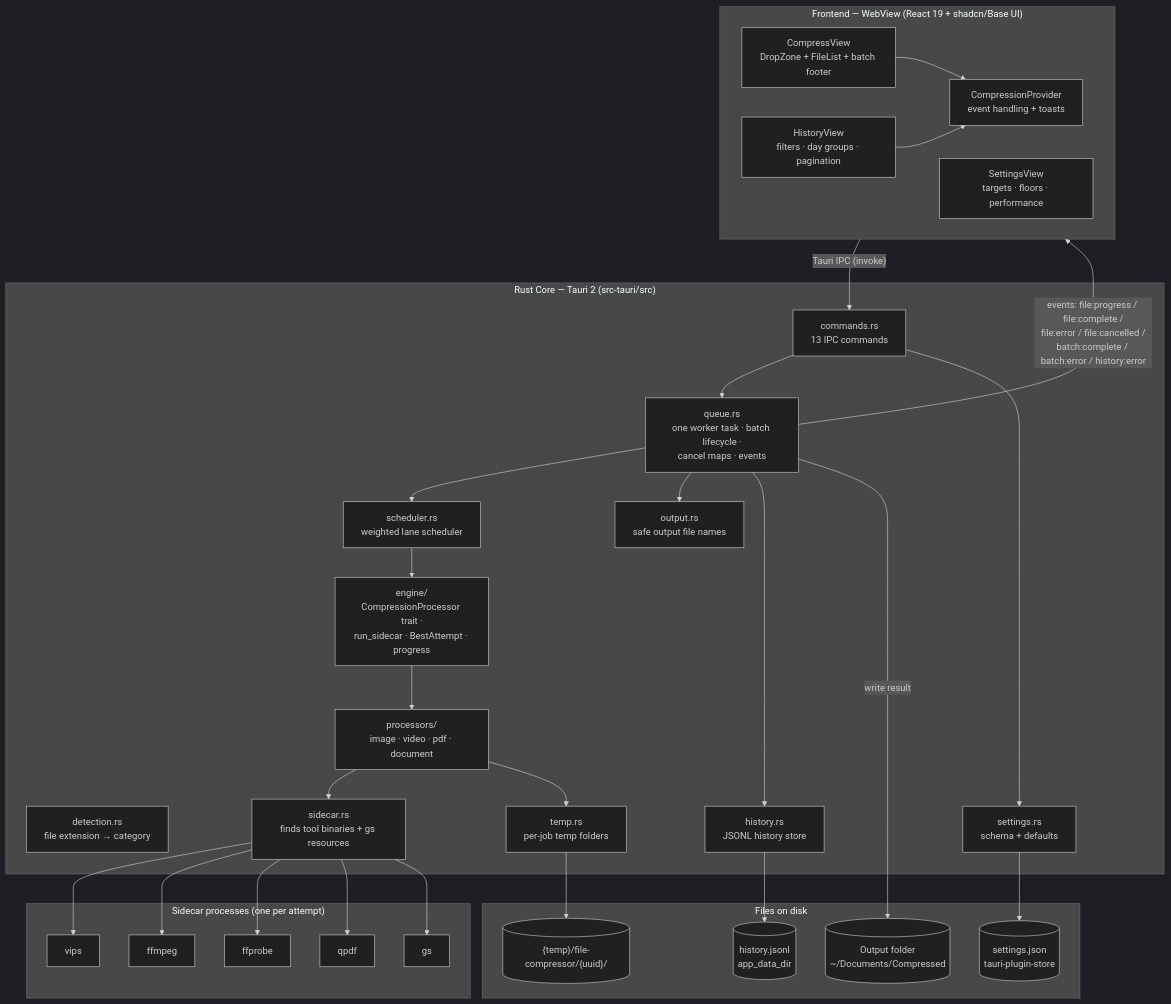
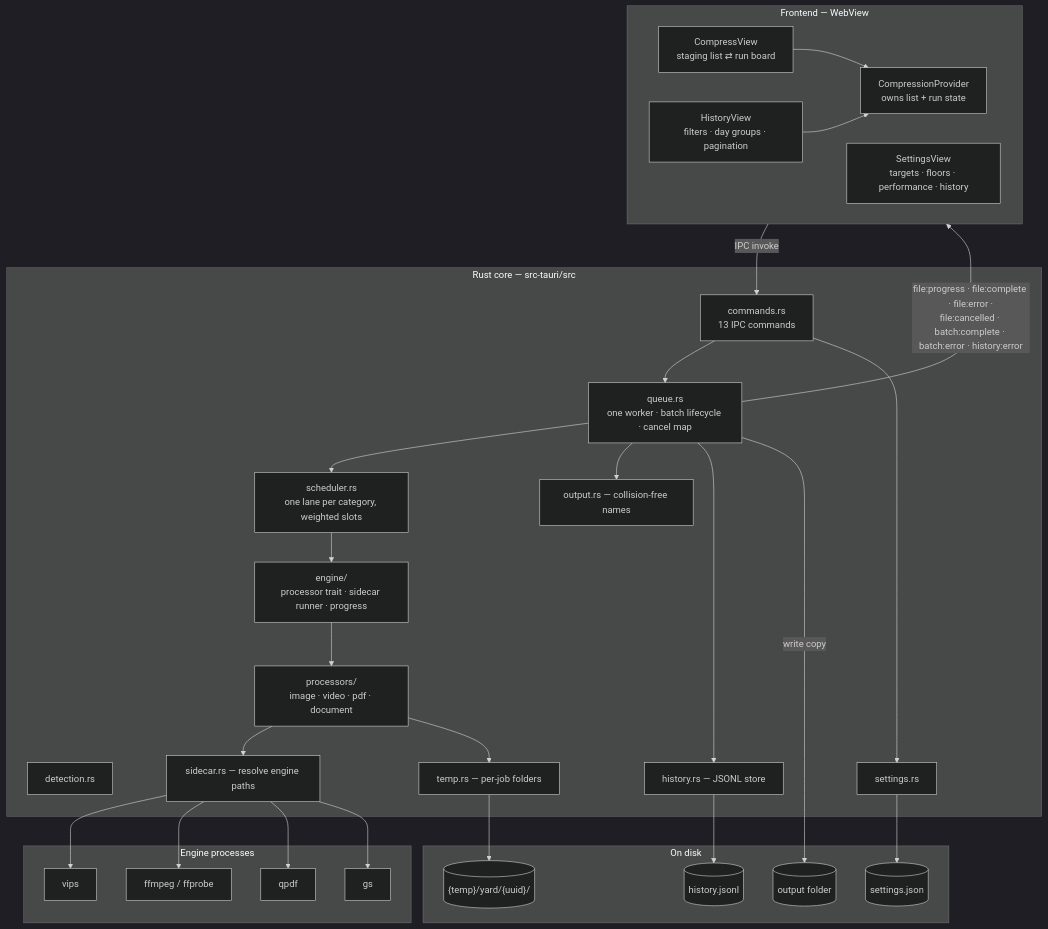
One commit to initgrep-apps/filecompressor changed the first of 2 diagrams in docs/ARCHITECTURE.md. Above: the diagram before and after it, drawn with Mermaid (dark theme). The commit also changed other lines of this file and 64 other files, not shown here.

````diff
--- a/docs/ARCHITECTURE.md
+++ b/docs/ARCHITECTURE.md
@@ -50,57 +27,56 @@
 ```mermaid
 flowchart TB
-    subgraph FE["Frontend — WebView (React 19 + shadcn/Base UI)"]
-        CV["CompressView<br/>DropZone + FileList + batch footer"]
+    subgraph FE["Frontend — WebView"]
+        CV["CompressView<br/>staging list ⇄ run board"]
         HV["HistoryView<br/>filters · day groups · pagination"]
-        SV["SettingsView<br/>targets · floors · performance"]
-        CP["CompressionProvider<br/>event handling + toasts"]
+        SV["SettingsView<br/>targets · floors · performance · history"]
+        CP["CompressionProvider<br/>owns list + run state"]
         CV --> CP
         HV --> CP
     end
 
-    subgraph CORE["Rust Core — Tauri 2 (src-tauri/src)"]
+    subgraph CORE["Rust core — src-tauri/src"]
         CMD["commands.rs<br/>13 IPC commands"]
-        Q["queue.rs<br/>one worker task · batch lifecycle ·<br/>cancel maps · events"]
-        SCH["scheduler.rs<br/>weighted lane scheduler"]
-        ENG["engine/<br/>CompressionProcessor trait ·<br/>run_sidecar · BestAttempt · progress"]
+        Q["queue.rs<br/>one worker · batch lifecycle · cancel map"]
+        SCH["scheduler.rs<br/>one lane per category, weighted slots"]
+        ENG["engine/<br/>processor trait · sidecar runner · progress"]
         REG["processors/<br/>image · video · pdf · document"]
-        DET["detection.rs<br/>file extension → category"]
-        OUT["output.rs<br/>safe output file names"]
-        TMP["temp.rs<br/>per-job temp folders"]
-        HS["history.rs<br/>JSONL history store"]
-        SET["settings.rs<br/>schema + defaults"]
-        SC["sidecar.rs<br/>finds tool binaries + gs resources"]
+        DET["detection.rs"]
+        OUT["output.rs — collision-free names"]
+        TMP["temp.rs — per-job folders"]
+        HS["history.rs — JSONL store"]
+        SET["settings.rs"]
+        SC["sidecar.rs — resolve engine paths"]
     end
 
-    subgraph DISK["Files on disk"]
-        STORE[("settings.json<br/>tauri-plugin-store")]
-        HIST[("history.jsonl<br/>app_data_dir")]
-        TMPD[("{temp}/file-compressor/{uuid}/")]
-        OUTD[("Output folder<br/>~/Documents/Compressed")]
+    subgraph DISK["On disk"]
+        STORE[("settings.json")]
+        HIST[("history.jsonl")]
+        TMPD[("{temp}/yard/{uuid}/")]
+        OUTD[("output folder")]
     end
 
-    subgraph SIDECARS["Sidecar processes (one per attempt)"]
-        VIPS["vips"]
-        FF["ffmpeg"]
-        FP["ffprobe"]
-        QPDF["qpdf"]
-        GS["gs"]
+    subgraph ENGINES["Engine processes"]
+        VIPS[vips]
+        FF[ffmpeg / ffprobe]
+        QPDF[qpdf]
+        GS[gs]
     end
 
-    FE -- "Tauri IPC (invoke)" --> CMD
+    FE -- "IPC invoke" --> CMD
     CMD --> Q
     Q --> SCH
     SCH --> ENG
     ENG --> REG
     REG --> SC
-    SC --> VIPS & FF & FP & QPDF & GS
+    SC --> VIPS & FF & QPDF & GS
     REG --> TMP
     Q --> OUT
     Q --> HS
     CMD --> SET
     SET --> STORE
     HS --> HIST
     TMP --> TMPD
-    Q -- "write result" --> OUTD
-    Q -- "events: file:progress / file:complete /<br/>file:error / file:cancelled /<br/>batch:complete / batch:error / history:error" --> FE
+    Q -- "write copy" --> OUTD
+    Q -- "file:progress · file:complete · file:error ·<br/>file:cancelled · batch:complete · batch:error · history:error" --> FE
 ```
````
